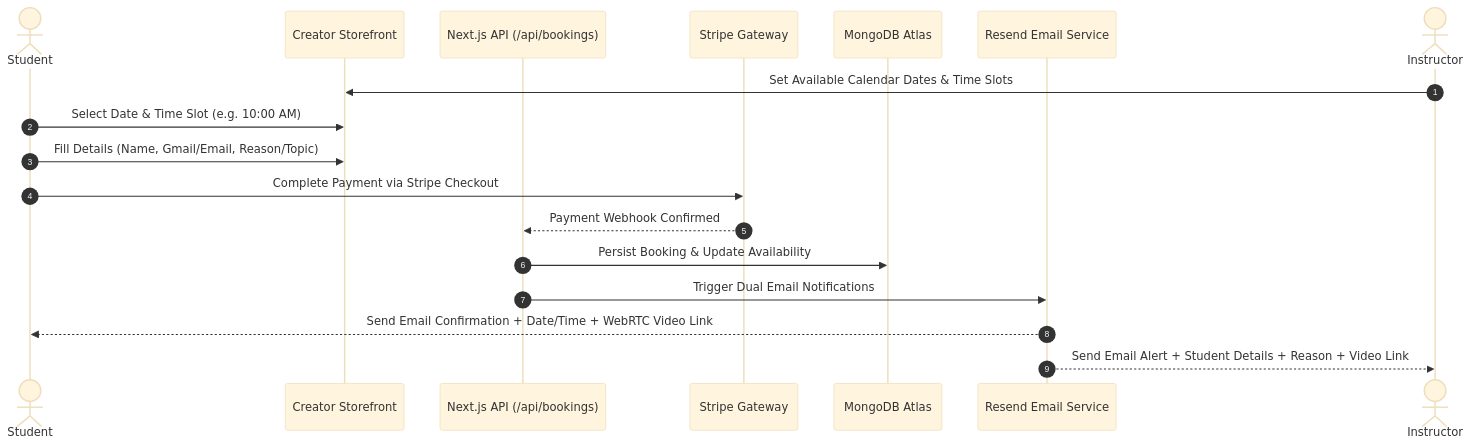
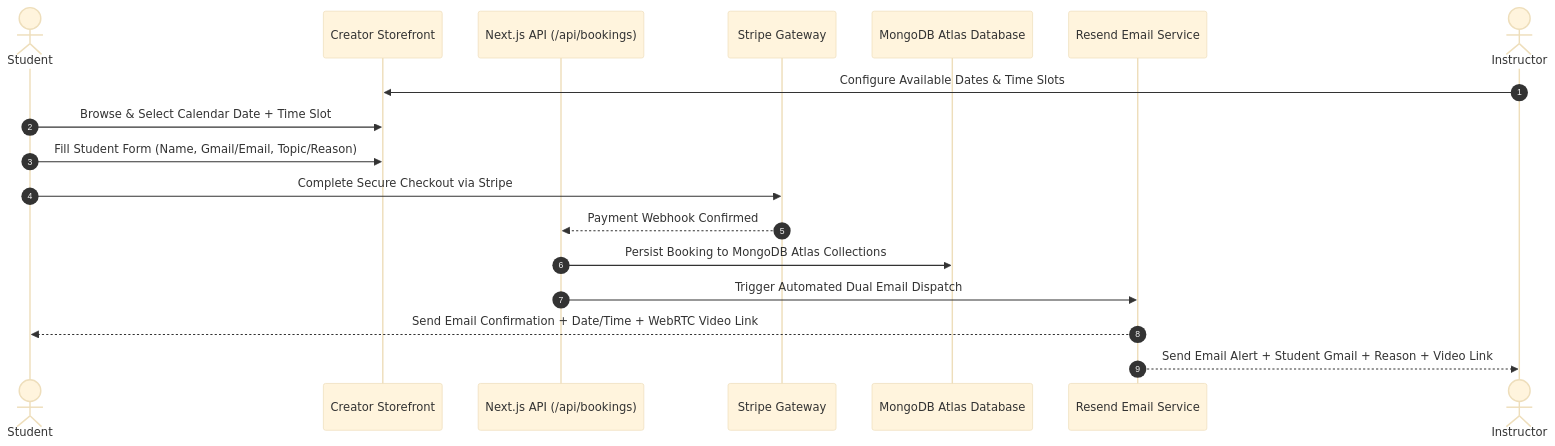
Before and after one commit to arqam66/mvp_leap_skills: the diagram in README.md, drawn with Mermaid (base theme). The commit also changed other lines of this file, not shown here.

Commit message:
docs: update README to feature MongoDB Atlas as sole database, removing Supabase references

````diff
--- a/README.md
+++ b/README.md
@@ -30,21 +31,21 @@
 ```mermaid
 sequenceDiagram
     autonumber
     actor Student
     participant Storefront as Creator Storefront
     participant API as Next.js API (/api/bookings)
     participant Stripe as Stripe Gateway
-    participant DB as MongoDB Atlas
+    participant DB as MongoDB Atlas Database
     participant Resend as Resend Email Service
     actor Instructor
 
-    Instructor->>Storefront: Set Available Calendar Dates & Time Slots
-    Student->>Storefront: Select Date & Time Slot (e.g. 10:00 AM)
-    Student->>Storefront: Fill Details (Name, Gmail/Email, Reason/Topic)
-    Student->>Stripe: Complete Payment via Stripe Checkout
+    Instructor->>Storefront: Configure Available Dates & Time Slots
+    Student->>Storefront: Browse & Select Calendar Date + Time Slot
+    Student->>Storefront: Fill Student Form (Name, Gmail/Email, Topic/Reason)
+    Student->>Stripe: Complete Secure Checkout via Stripe
     Stripe-->>API: Payment Webhook Confirmed
-    API->>DB: Persist Booking & Update Availability
-    API->>Resend: Trigger Dual Email Notifications
+    API->>DB: Persist Booking to MongoDB Atlas Collections
+    API->>Resend: Trigger Automated Dual Email Dispatch
     Resend-->>Student: Send Email Confirmation + Date/Time + WebRTC Video Link
-    Resend-->>Instructor: Send Email Alert + Student Details + Reason + Video Link
+    Resend-->>Instructor: Send Email Alert + Student Gmail + Reason + Video Link
 ```
````
